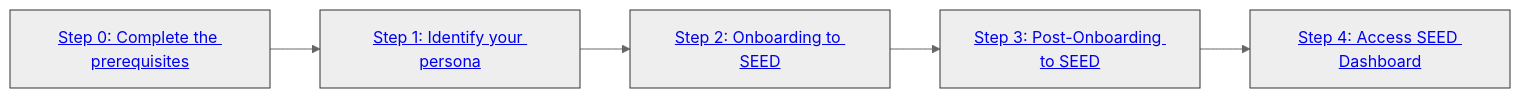
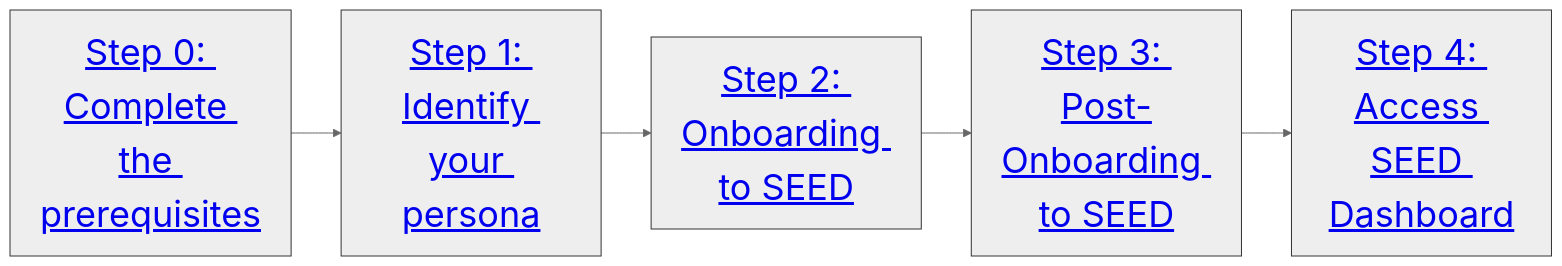
Before and after one commit to GovTechSG/seed-primer-documentation: the second of 2 diagrams in getting-started.md, drawn with Mermaid (neutral theme).

````diff
--- a/getting-started.md
+++ b/getting-started.md
@@ -18,19 +18,19 @@
 ```mermaid
 flowchart LR
-    style A  stroke:#333, font-size:16px;
-    style B  stroke:#333, font-size:16px;
-    style C  stroke:#333, font-size:16px;
-    style D  stroke:#333, font-size:16px;
-    style E  stroke:#333, font-size:16px;
+    style A  stroke:#333, font-size:36px;
+    style B  stroke:#333, font-size:36px;
+    style C  stroke:#333, font-size:36px;
+    style D  stroke:#333, font-size:36px;
+    style E  stroke:#333, font-size:36px;
     
     A["<a href='https://docs.developer.tech.gov.sg/docs/staging-seed-primer/getting-started?id=step-0-ensure-you-meet-the-required-prerequisites'>Step 0: Complete the prerequisites</a>"]
     B["<a href='https://docs.developer.tech.gov.sg/docs/staging-seed-primer/getting-started?id=step-1-identify-your-onboarding-persona'>Step 1: Identify your persona</a>"]
     C["<a href='https://docs.developer.tech.gov.sg/docs/staging-seed-primer/getting-started?id=step-2-onboard-device-to-seed'>Step 2: Onboarding to SEED</a>"]
     D["<a href='https://docs.developer.tech.gov.sg/docs/staging-seed-primer/post-onboarding-steps'>Step 3: Post-Onboarding to SEED</a>"]
     E["<a href='https://docs.developer.tech.gov.sg/docs/staging-seed-primer/dashboard'>Step 4: Access SEED Dashboard</a>"]
     
     A --> B
     B --> C
     C --> D
     D --> E
 ```    
````
